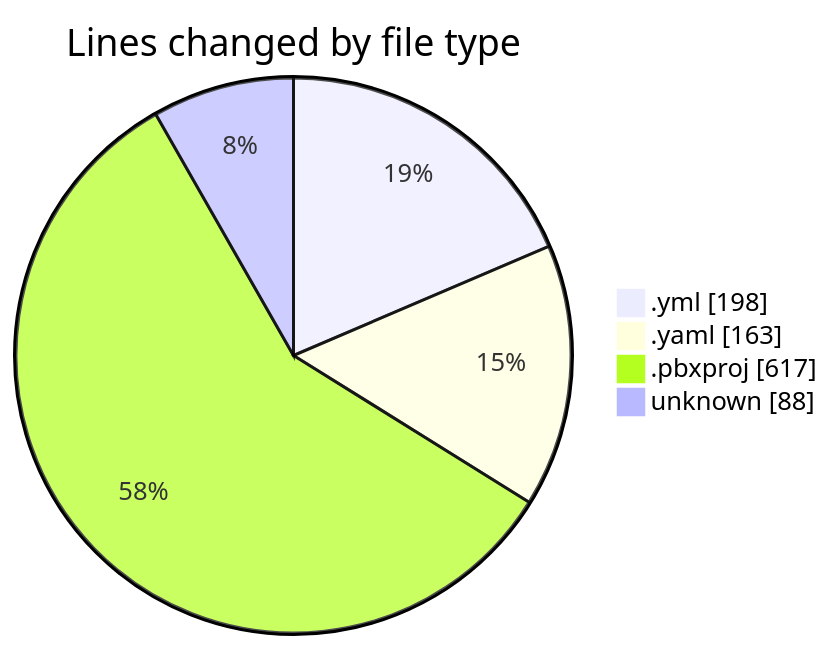
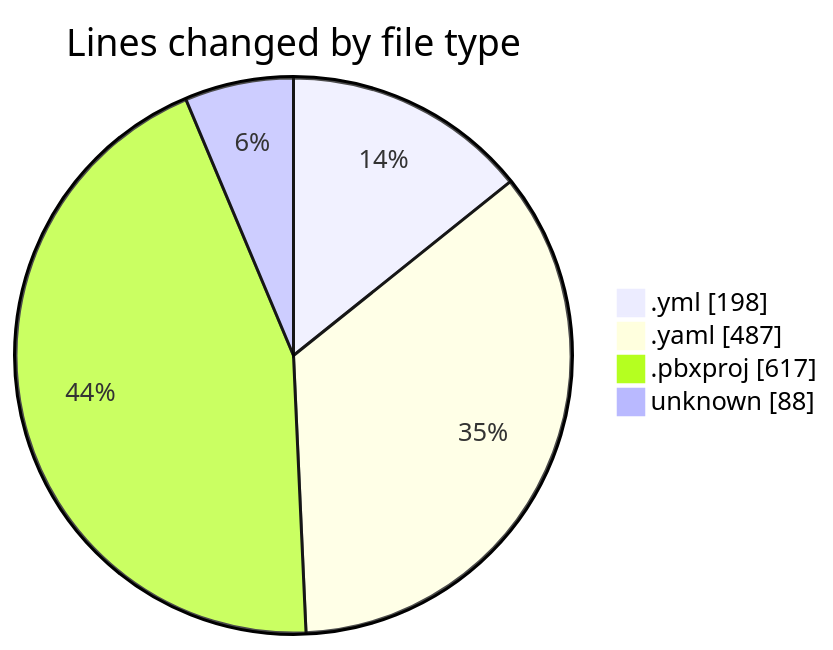
One commit to lephambinh05/code-tracking changed the first of 2 diagrams in 2025-08-08/studybuddy/README.md. Above: the diagram before and after it, drawn with Mermaid. The commit also changed other lines of this file and 1 other file, not shown here.

````diff
--- a/2025-08-08/studybuddy/README.md
+++ b/2025-08-08/studybuddy/README.md
@@ -24,8 +24,8 @@
 ```mermaid
 pie showData
 title Lines changed by file type
 ".yml" : 198
-".yaml" : 163
+".yaml" : 487
 ".pbxproj" : 617
 "unknown" : 88
 ```
````
